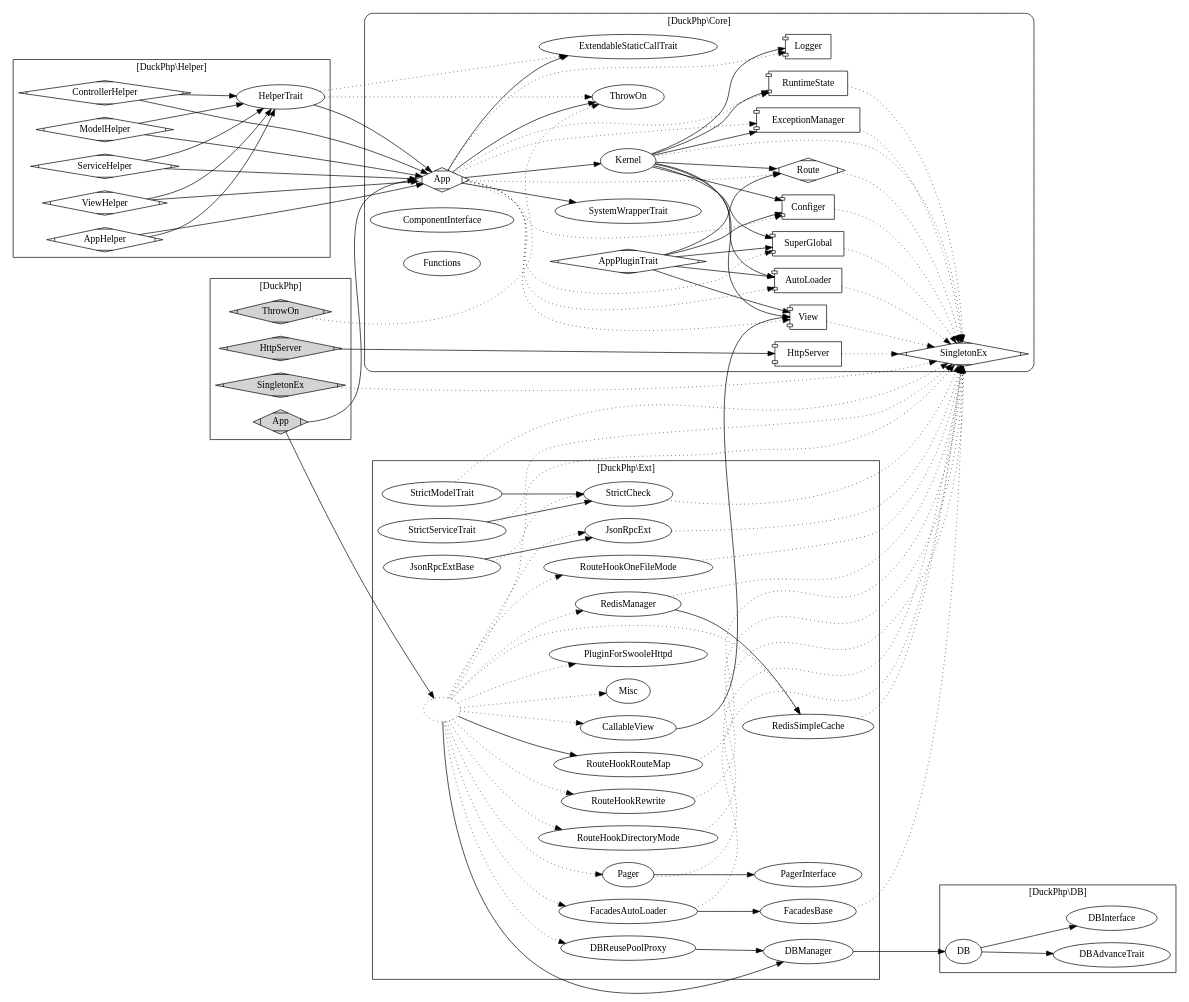
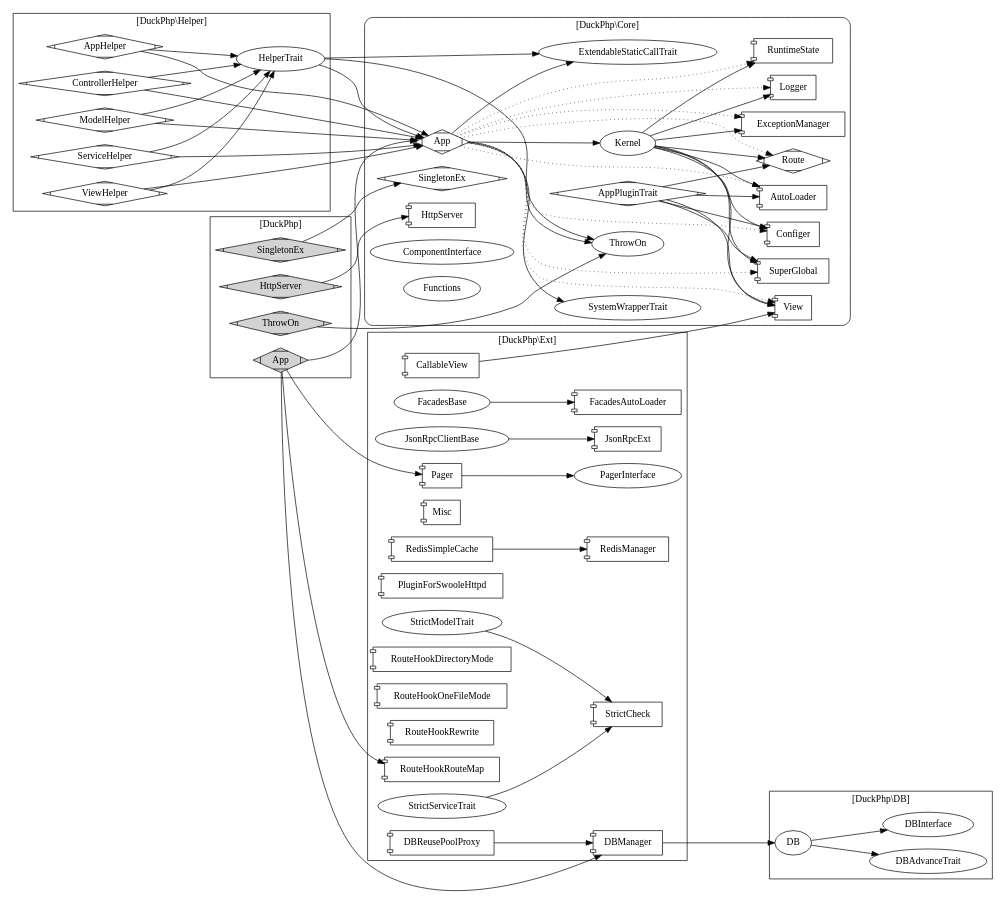
One commit to dvaknheo/duckphp changed the diagram in doc/duckphp.gv. Above: the diagram before and after it, drawn with Graphviz. The commit also changed 5 other files, not shown here.

Commit message:
更新架构图

```diff
--- a/doc/duckphp.gv
+++ b/doc/duckphp.gv
@@ -1,200 +1,168 @@
 digraph G{
 /* This is a graphviz file */
 graph [rankdir = "LR"];
     
     SingletonEx [shape=Mdiamond];
     
 subgraph cluster_Core {
     style = "rounded";
     label = "[DuckPhp\\Core]";
 
-
-
-    Core_Kernel -> Core_SingletonEx [style="dotted"];
-    Core_Kernel -> Core_AutoLoader ;
-    Core_Kernel -> Core_Configer;
-    Core_Kernel -> Core_Logger;
-    Core_Kernel -> Core_ExceptionManager;
-    Core_Kernel -> Core_Route;
-    Core_Kernel -> Core_RuntimeState;
-    Core_Kernel -> Core_View;
-    Core_Kernel -> Core_SuperGlobal;
-
-    
-    Core_App -> Core_Kernel;
-    Core_App -> Core_ThrowOn;
-    Core_App -> Core_ExtendableStaticCallTrait;
-    Core_App -> Core_SystemWrapperTrait;
-    
-    Core_App -> Core_AutoLoader [style="dotted"];
-    Core_App -> Core_Configer [style="dotted"];
-    Core_App -> Core_Logger [style="dotted"];
-    Core_App -> Core_ExceptionManager [style="dotted"];
-    Core_App -> Core_Route [style="dotted"];
-    Core_App -> Core_RuntimeState [style="dotted"];
-    Core_App -> Core_View [style="dotted"];
-    Core_App -> Core_SuperGlobal [style="dotted"];
-
-    Core_AutoLoader -> Core_SingletonEx [style="dotted"];
-    Core_ExceptionManager -> Core_SingletonEx [style="dotted"];
-    Core_View -> Core_SingletonEx [style="dotted"];
-    Core_Configer -> Core_SingletonEx [style="dotted"];
-    Core_Route -> Core_SingletonEx [style="dotted"];
-    Core_RuntimeState -> Core_SingletonEx [style="dotted"];
-    
-    Core_HttpServer -> Core_SingletonEx [style="dotted"];
-    Core_SuperGlobal -> Core_SingletonEx [style="dotted"];
-
-
-    Core_AppPluginTrait -> Core_AutoLoader;
-    Core_AppPluginTrait -> Core_Configer;
-    Core_AppPluginTrait -> Core_View;
-    Core_AppPluginTrait -> Core_Route;
-    Core_AppPluginTrait -> Core_SuperGlobal;
-
-
     Core_AppPluginTrait [label="AppPluginTrait";shape=Mdiamond];
-
     Core_App [label="App";shape=Mdiamond];
     Core_Kernel [label="Kernel"];
     Core_SingletonEx [label="SingletonEx";shape=Mdiamond];
     Core_AutoLoader [label="AutoLoader";shape="component"];
     Core_ExceptionManager [label="ExceptionManager";shape="component"];
     Core_View [label="View";shape="component"];
     Core_Configer [label="Configer";shape="component"];
     Core_Logger [label="Logger";shape="component"];
     Core_Route [label="Route";shape=Mdiamond];
     Core_RuntimeState [label="RuntimeState";shape="component"];
     Core_SystemWrapperTrait [label="SystemWrapperTrait"];
     
     Core_HttpServer [label="HttpServer";shape="component"];
     Core_SuperGlobal [label="SuperGlobal";shape="component"];
 
     Core_ExtendableStaticCallTrait [label="ExtendableStaticCallTrait"];
     
     Core_ThrowOn [label="ThrowOn"];
     Core_ComponentInterface [label="ComponentInterface"];
     Core_Functions [label="Functions"];
+
+
+    Core_Kernel -> Core_AutoLoader ;
+    Core_Kernel -> Core_Configer;
+    Core_Kernel -> Core_Logger;
+    Core_Kernel -> Core_ExceptionManager;
+    Core_Kernel -> Core_Route;
+    Core_Kernel -> Core_RuntimeState;
+    Core_Kernel -> Core_View;
+    Core_Kernel -> Core_SuperGlobal;
     
+    Core_App -> Core_Kernel;
+    Core_App -> Core_ThrowOn;
+    Core_App -> Core_ExtendableStaticCallTrait;
+    Core_App -> Core_SystemWrapperTrait;
+    
+    Core_App -> Core_AutoLoader [style="dotted"];
+    Core_App -> Core_Configer [style="dotted"];
+    Core_App -> Core_Logger [style="dotted"];
+    Core_App -> Core_ExceptionManager [style="dotted"];
+    Core_App -> Core_Route [style="dotted"];
+    Core_App -> Core_RuntimeState [style="dotted"];
+    Core_App -> Core_View [style="dotted"];
+    Core_App -> Core_SuperGlobal [style="dotted"];
+
+
+    Core_AppPluginTrait -> Core_AutoLoader;
+    Core_AppPluginTrait -> Core_Configer;
+    Core_AppPluginTrait -> Core_View;
+    Core_AppPluginTrait -> Core_Route;
+    Core_AppPluginTrait -> Core_SuperGlobal;
 }
 
 
 
 
 subgraph cluster_Helper {
     label = "[DuckPhp\\Helper]";
+    
+    AppHelper [label="AppHelper";shape=Mdiamond];
+    ControllerHelper [label="ControllerHelper";shape=Mdiamond];
+    ModelHelper [label="ModelHelper";shape=Mdiamond];
+    ServiceHelper [label="ServiceHelper";shape=Mdiamond];
+    ViewHelper [label="ViewHelper";shape=Mdiamond];
+    HelperTrait;
+    
     AppHelper -> Core_App; 
     ControllerHelper -> Core_App; 
     ModelHelper -> Core_App; 
     ServiceHelper -> Core_App; 
     ViewHelper -> Core_App; 
     HelperTrait -> Core_App;
-    HelperTrait -> Core_ExtendableStaticCallTrait [style="dotted"];
-    HelperTrait -> Core_ThrowOn [style="dotted"];
+    HelperTrait -> Core_ExtendableStaticCallTrait ;
+    HelperTrait -> Core_ThrowOn;
     
     AppHelper -> HelperTrait; 
     ControllerHelper -> HelperTrait; 
     ModelHelper -> HelperTrait; 
     ServiceHelper -> HelperTrait; 
     ViewHelper -> HelperTrait; 
-
-    AppHelper [label="AppHelper";shape=Mdiamond];
-    ControllerHelper [label="ControllerHelper";shape=Mdiamond];
-    ModelHelper [label="ModelHelper";shape=Mdiamond];
-    ServiceHelper [label="ServiceHelper";shape=Mdiamond];
-    ViewHelper [label="ViewHelper";shape=Mdiamond];
-
 
 }
 
 
 
 
 subgraph cluster_DB {
     label = "[DuckPhp\\DB]";
 
+    DB_DB [label="DB"];
+    DB_DBAdvanceTrait [label="DBAdvanceTrait"];
+    DB_DBInterface [label="DBInterface"];
+    
     DB_DB -> DB_DBAdvanceTrait;
     DB_DB -> DB_DBInterface;
 
-    DB_DB [label="DB"];
-    DB_DBAdvanceTrait [label="DBAdvanceTrait"];
-    DB_DBInterface [label="DBInterface"];
+
 
 }
 
 
 
 subgraph cluster_Ext {
 label = "[DuckPhp\\Ext]";
-    Ext [label="";style="dotted"];
-    
-    Ext -> DBManager -> DB_DB;
-    Ext -> RouteHookRouteMap;
-    Ext -> Pager [style="dotted"];
-    
-    Ext -> CallableView [style="dotted"];  CallableView -> Core_View;
-    Ext -> DBReusePoolProxy [style="dotted"];
-    
-    Ext -> FacadesAutoLoader [style="dotted"];
-    Ext -> JsonRpcExt [style="dotted"] ;
 
-    Ext -> Misc [style="dotted"];
-    Ext -> PluginForSwooleHttpd [style="dotted"];
-    Ext -> RouteHookRewrite [style="dotted"];
-    Ext -> StrictCheck [style="dotted"];
-    
-    Ext -> RedisManager [style="dotted"];
-    Ext -> RedisSimpleCache [style="dotted"];
-    Ext -> RouteHookDirectoryMode [style="dotted"];
-    Ext -> RouteHookOneFileMode [style="dotted"];
-    
+    CallableView[shape="component"];
+    DBManager[shape="component"];
+    DBReusePoolProxy[shape="component"];
+    FacadesAutoLoader[shape="component"];
+    FacadesBase ;
+    JsonRpcClientBase ;
+    JsonRpcExt[shape="component"];
+    Misc[shape="component"];
+    Pager[shape="component"];
+    PagerInterface ;
+    PluginForSwooleHttpd[shape="component"];
+    RedisManager[shape="component"];
+    RedisSimpleCache[shape="component"];
+    RouteHookDirectoryMode[shape="component"];
+    RouteHookOneFileMode[shape="component"];
+    RouteHookRewrite[shape="component"];
+    RouteHookRouteMap[shape="component"];
+    StrictCheck[shape="component"];
+
+
+    DBManager -> DB_DB;
+    CallableView ->Core_View; 
     DBReusePoolProxy ->DBManager; 
-    JsonRpcExt -> Core_SingletonEx [style="dotted"];
-    JsonRpcExtBase -> Core_SingletonEx [style="dotted"];
-    JsonRpcExtBase ->JsonRpcExt;
-    FacadesAutoLoader ->FacadesBase ;
-    FacadesAutoLoader -> Core_SingletonEx [style="dotted"];
-    FacadesBase -> Core_SingletonEx [style="dotted"];
-    
-    
-    Pager -> Core_SingletonEx [style="dotted"]; 
+    JsonRpcClientBase ->JsonRpcExt;
+    FacadesBase -> FacadesAutoLoader;
     Pager -> PagerInterface; 
-    
-    RedisManager -> RedisSimpleCache;
-    RedisManager -> Core_SingletonEx [style="dotted"]; 
-    RedisSimpleCache -> Core_SingletonEx [style="dotted"]; 
-    
-    RouteHookDirectoryMode -> Core_SingletonEx [style="dotted"]; 
-    RouteHookOneFileMode -> Core_SingletonEx [style="dotted"];
-    
-    RouteHookRewrite -> Core_SingletonEx[style="dotted"]; 
-    RouteHookRouteMap -> Core_SingletonEx [style="dotted"]; 
-
-    StrictCheck -> Core_SingletonEx [style="dotted"]; 
-    
-    StrictModelTrait -> Core_SingletonEx [style="dotted"]; 
-    StrictServiceTrait -> Core_SingletonEx [style="dotted"];
-
+    RedisSimpleCache -> RedisManager;
     StrictModelTrait -> StrictCheck; 
     StrictServiceTrait -> StrictCheck; 
 }
 subgraph cluster_DuckPhp {
     label = "[DuckPhp]";
         node [style=filled];
 
     HttpServer -> Core_HttpServer;
     App -> Core_App;
-    SingletonEx -> Core_SingletonEx [style="dotted"];
-    ThrowOn -> Core_ThrowOn [style="dotted"];
+    SingletonEx -> Core_SingletonEx;
+    ThrowOn -> Core_ThrowOn;
     
-    App -> Ext;
+    App -> RouteHookRouteMap;
+    App -> Pager;
+    App -> DBManager;
 
     App [shape=Mdiamond];
     HttpServer [shape=Mdiamond];
     
     SingletonEx [style=filled,shape=Mdiamond] ;
     ThrowOn [shape=Mdiamond];
 
 }
 
 }
```
